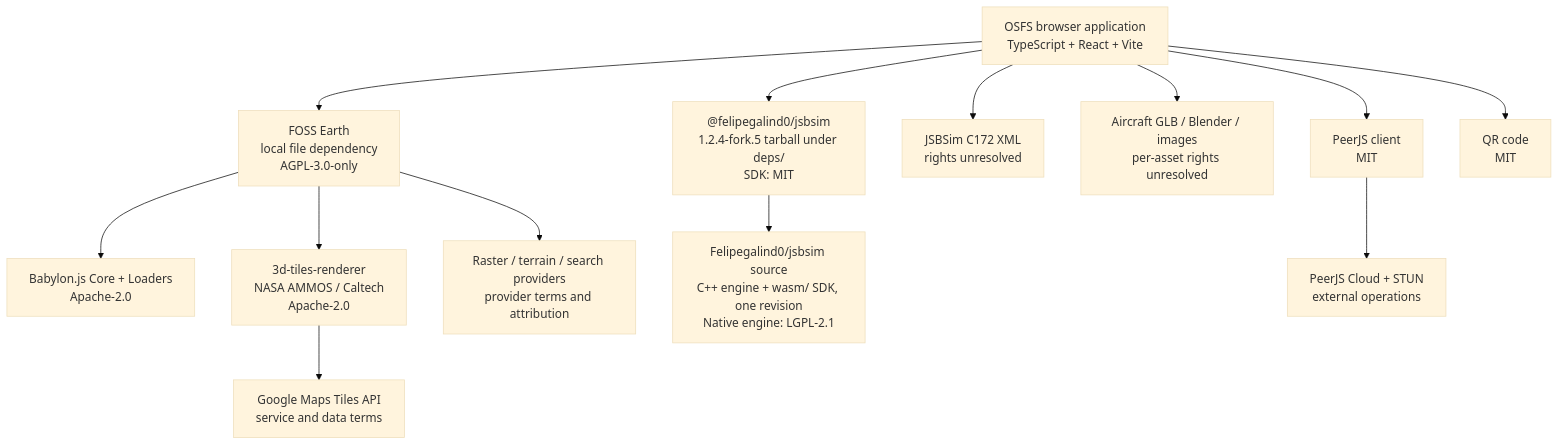
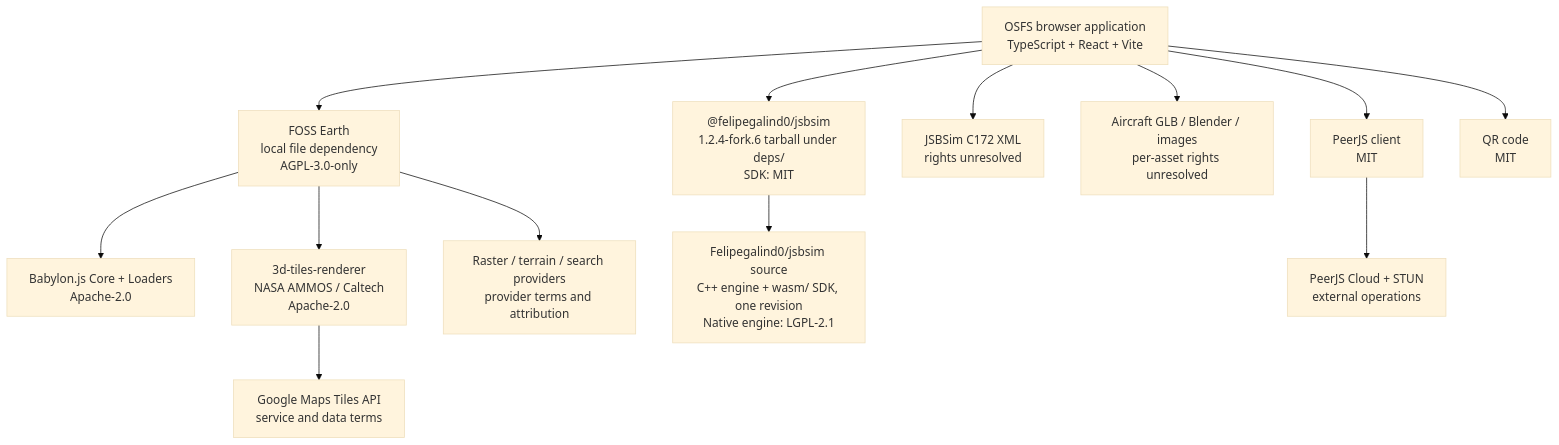
One commit to 0SFS/0SFS.github.io changed the diagram in docs/software-dependency-graph.md. Above: the diagram before and after it, drawn with Mermaid (base theme). The commit also changed other lines of this file and 8 other files, not shown here.

````diff
--- a/docs/software-dependency-graph.md
+++ b/docs/software-dependency-graph.md
@@ -24,28 +24,28 @@
 ```mermaid
 flowchart TB
   OSFS["OSFS browser application<br/>TypeScript + React + Vite"]
   FE["FOSS Earth<br/>local file dependency<br/>AGPL-3.0-only"]
   BJS["Babylon.js Core + Loaders<br/>Apache-2.0"]
   TILES["3d-tiles-renderer<br/>NASA AMMOS / Caltech<br/>Apache-2.0"]
-  JSW["@felipegalind0/jsbsim<br/>1.2.4-fork.5 tarball under deps/<br/>SDK: MIT"]
+  JSW["@felipegalind0/jsbsim<br/>1.2.4-fork.6 tarball under deps/<br/>SDK: MIT"]
   JSB["Felipegalind0/jsbsim source<br/>C++ engine + wasm/ SDK, one revision<br/>Native engine: LGPL-2.1"]
   DATA["JSBSim C172 XML<br/>rights unresolved"]
   ASSETS["Aircraft GLB / Blender / images<br/>per-asset rights unresolved"]
   PEER["PeerJS client<br/>MIT"]
   QR["QR code<br/>MIT"]
   GOOGLE["Google Maps Tiles API<br/>service and data terms"]
   MAPS["Raster / terrain / search providers<br/>provider terms and attribution"]
   SIGNAL["PeerJS Cloud + STUN<br/>external operations"]
 
   OSFS --> FE
   OSFS --> JSW --> JSB
   OSFS --> DATA
   OSFS --> ASSETS
   OSFS --> PEER
   OSFS --> QR
   FE --> BJS
   FE --> TILES
   TILES --> GOOGLE
   FE --> MAPS
   PEER --> SIGNAL
 ```
````
